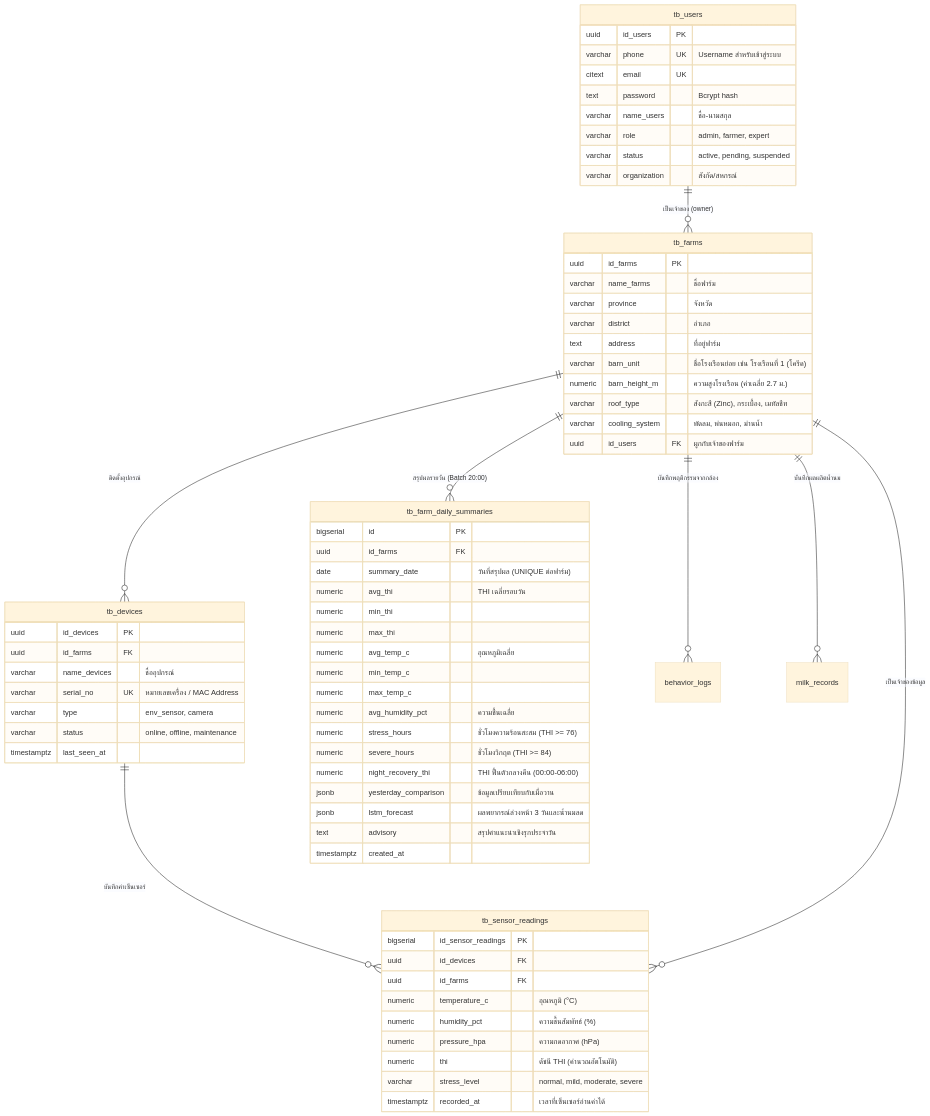
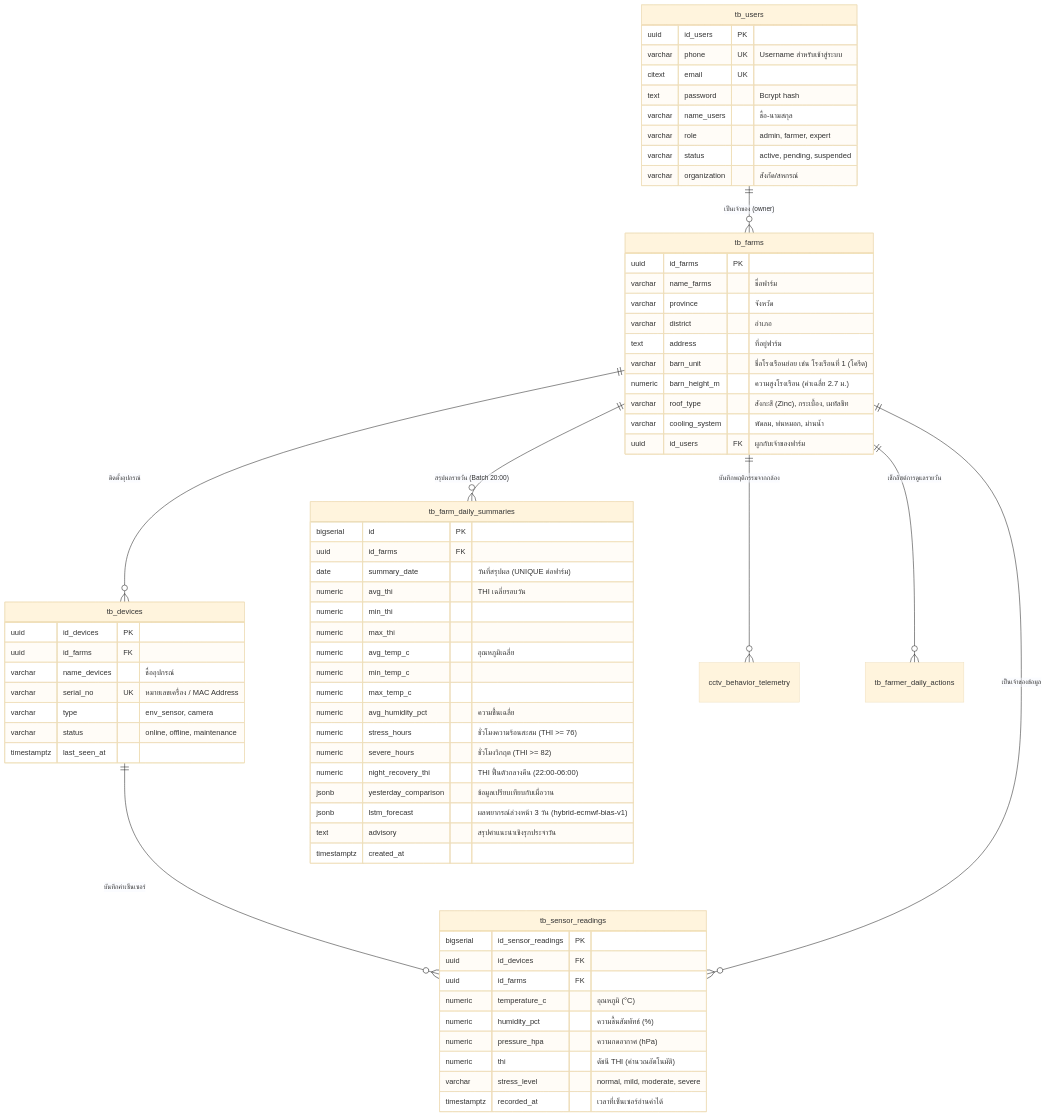
One commit to peetph22-ship-it/Cow_detect changed the second of 2 diagrams in PROJECT_OVERVIEW.md. Above: the diagram before and after it, drawn with Mermaid (base theme). The commit also changed other lines of this file and 13 other files, not shown here.

````diff
--- a/PROJECT_OVERVIEW.md
+++ b/PROJECT_OVERVIEW.md
@@ -101,76 +101,76 @@
 ```mermaid
 erDiagram
     tb_users ||--o{ tb_farms : "เป็นเจ้าของ (owner)"
     tb_farms ||--o{ tb_devices : "ติดตั้งอุปกรณ์"
     tb_devices ||--o{ tb_sensor_readings : "บันทึกค่าเซ็นเซอร์"
     tb_farms ||--o{ tb_sensor_readings : "เป็นเจ้าของข้อมูล"
     tb_farms ||--o{ tb_farm_daily_summaries : "สรุปผลรายวัน (Batch 20:00)"
-    tb_farms ||--o{ behavior_logs : "บันทึกพฤติกรรมจากกล้อง"
-    tb_farms ||--o{ milk_records : "บันทึกผลผลิตน้ำนม"
+    tb_farms ||--o{ cctv_behavior_telemetry : "บันทึกพฤติกรรมจากกล้อง"
+    tb_farms ||--o{ tb_farmer_daily_actions : "เช็กลิสต์การดูแลรายวัน"
 
     tb_users {
         uuid id_users PK
         varchar phone UK "Username สำหรับเข้าสู่ระบบ"
         citext email UK
         text password "Bcrypt hash"
         varchar name_users "ชื่อ-นามสกุล"
         varchar role "admin, farmer, expert"
         varchar status "active, pending, suspended"
         varchar organization "สังกัด/สหกรณ์"
     }
 
     tb_farms {
         uuid id_farms PK
         varchar name_farms "ชื่อฟาร์ม"
         varchar province "จังหวัด"
         varchar district "อำเภอ"
         text address "ที่อยู่ฟาร์ม"
         varchar barn_unit "ชื่อโรงเรือนย่อย เช่น โรงเรือนที่ 1 (โครีด)"
         numeric barn_height_m "ความสูงโรงเรือน (ค่าเฉลี่ย 2.7 ม.)"
         varchar roof_type "สังกะสี (Zinc), กระเบื้อง, เมทัลชีท"
         varchar cooling_system "พัดลม, พ่นหมอก, ม่านน้ำ"
         uuid id_users FK "ผูกกับเจ้าของฟาร์ม"
     }
 
     tb_devices {
         uuid id_devices PK
         uuid id_farms FK
         varchar name_devices "ชื่ออุปกรณ์"
         varchar serial_no UK "หมายเลขเครื่อง / MAC Address"
         varchar type "env_sensor, camera"
         varchar status "online, offline, maintenance"
         timestamptz last_seen_at
     }
 
     tb_sensor_readings {
         bigserial id_sensor_readings PK
         uuid id_devices FK
         uuid id_farms FK
         numeric temperature_c "อุณหภูมิ (°C)"
         numeric humidity_pct "ความชื้นสัมพัทธ์ (%)"
         numeric pressure_hpa "ความกดอากาศ (hPa)"
         numeric thi "ดัชนี THI (คำนวณอัตโนมัติ)"
         varchar stress_level "normal, mild, moderate, severe"
         timestamptz recorded_at "เวลาที่เซ็นเซอร์อ่านค่าได้"
     }
 
     tb_farm_daily_summaries {
         bigserial id PK
         uuid id_farms FK
         date summary_date "วันที่สรุปผล (UNIQUE ต่อฟาร์ม)"
         numeric avg_thi "THI เฉลี่ยรอบวัน"
         numeric min_thi
         numeric max_thi
         numeric avg_temp_c "อุณหภูมิเฉลี่ย"
         numeric min_temp_c
         numeric max_temp_c
         numeric avg_humidity_pct "ความชื้นเฉลี่ย"
         numeric stress_hours "ชั่วโมงความร้อนสะสม (THI >= 76)"
-        numeric severe_hours "ชั่วโมงวิกฤต (THI >= 84)"
-        numeric night_recovery_thi "THI ฟื้นตัวกลางคืน (00:00-06:00)"
+        numeric severe_hours "ชั่วโมงวิกฤต (THI >= 82)"
+        numeric night_recovery_thi "THI ฟื้นตัวกลางคืน (22:00-06:00)"
         jsonb yesterday_comparison "ข้อมูลเปรียบเทียบกับเมื่อวาน"
-        jsonb lstm_forecast "ผลพยากรณ์ล่วงหน้า 3 วันและน้ำนมลด"
+        jsonb lstm_forecast "ผลพยากรณ์ล่วงหน้า 3 วัน (hybrid-ecmwf-bias-v1)"
         text advisory "สรุปคำแนะนำเชิงรุกประจำวัน"
         timestamptz created_at
     }
 ```
````
